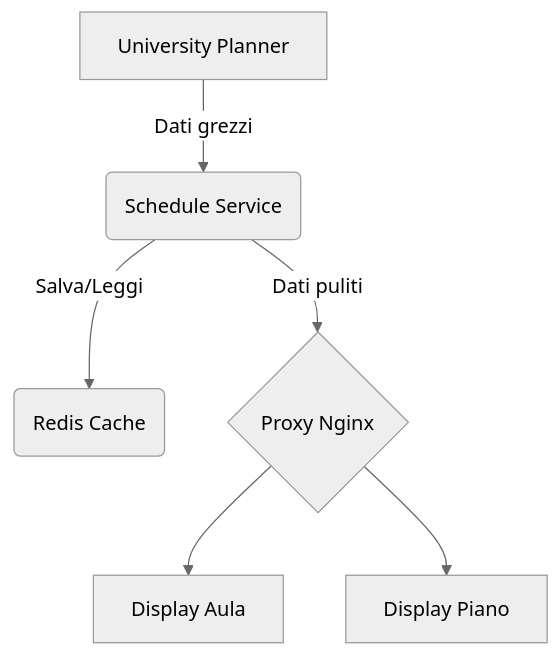
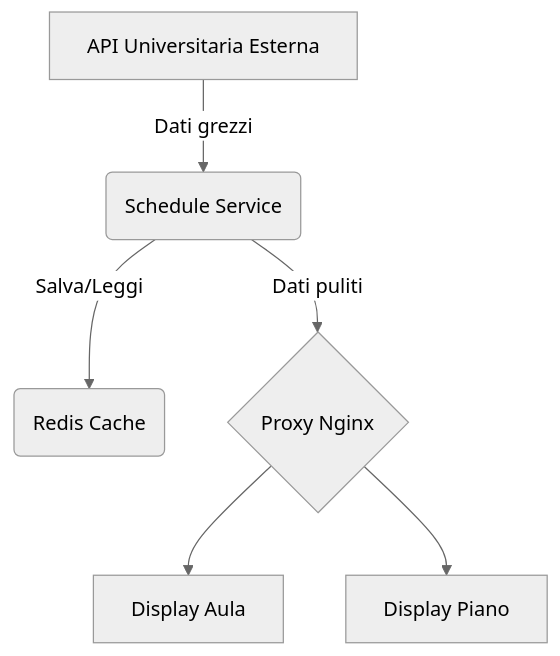
The diagram in README.md (Mantineo-Massimo/schedule-service), drawn with Mermaid (neutral theme) before and after one commit. The commit also changed other lines of this file, not shown here.

````diff
--- a/README.md
+++ b/README.md
@@ -49,8 +50,8 @@
 ```mermaid
 graph TD
-    A[University Planner] -->|Dati grezzi| B(Schedule Service);
+    A[API Universitaria Esterna] -->|Dati grezzi| B(Schedule Service);
     B -->|Salva/Leggi| C(Redis Cache);
     B -->|Dati puliti| D{Proxy Nginx};
     D --> E[Display Aula];
     D --> F[Display Piano];
 ```
````
